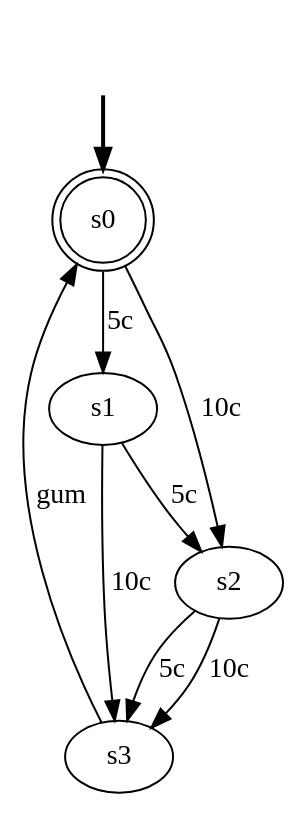
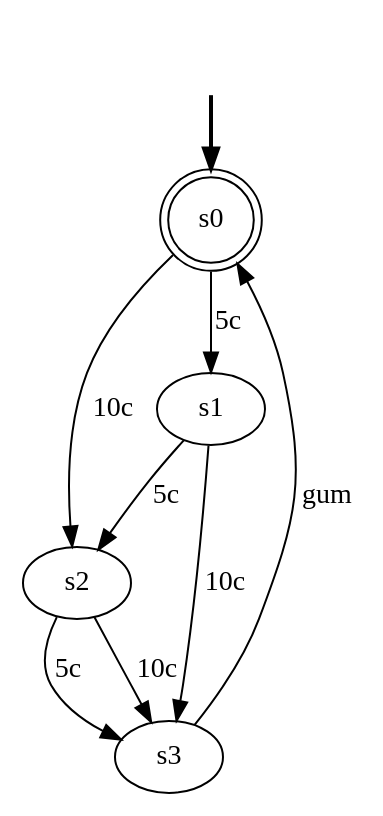
Before and after one commit to fanzou2020/Automata: the diagram in draw_diagram/dfa_transition_table.dot, drawn with Graphviz. The commit also changed other lines of this file and 29 other files, not shown here.

```diff
--- a/draw_diagram/dfa_transition_table.dot
+++ b/draw_diagram/dfa_transition_table.dot
@@ -1,15 +1,15 @@
 digraph {
 	fake [style=invisible]
+	s0 [root=true shape=doublecircle]
+	s2
 	s3
-	s0 [root=true shape=doublecircle]
 	s1
-	s2
 	fake -> s0 [style=bold]
 	s0 -> s1 [label="5c"]
 	s0 -> s2 [label="10c"]
 	s1 -> s2 [label="5c"]
 	s1 -> s3 [label="10c"]
 	s2 -> s3 [label="5c"]
 	s2 -> s3 [label="10c"]
 	s3 -> s0 [label=gum]
 }
```
